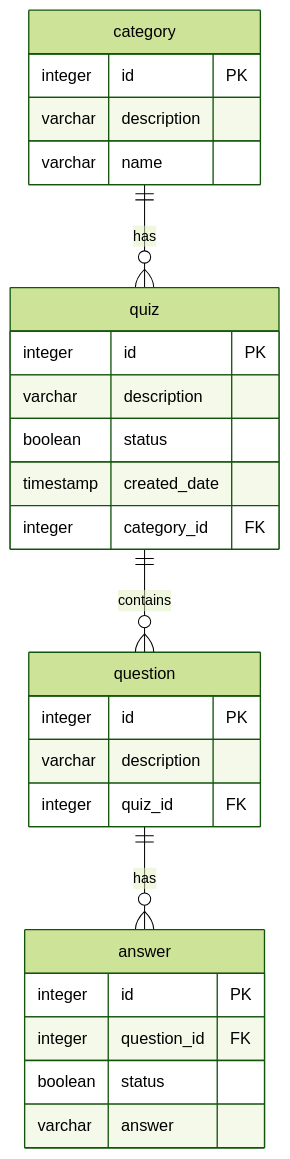
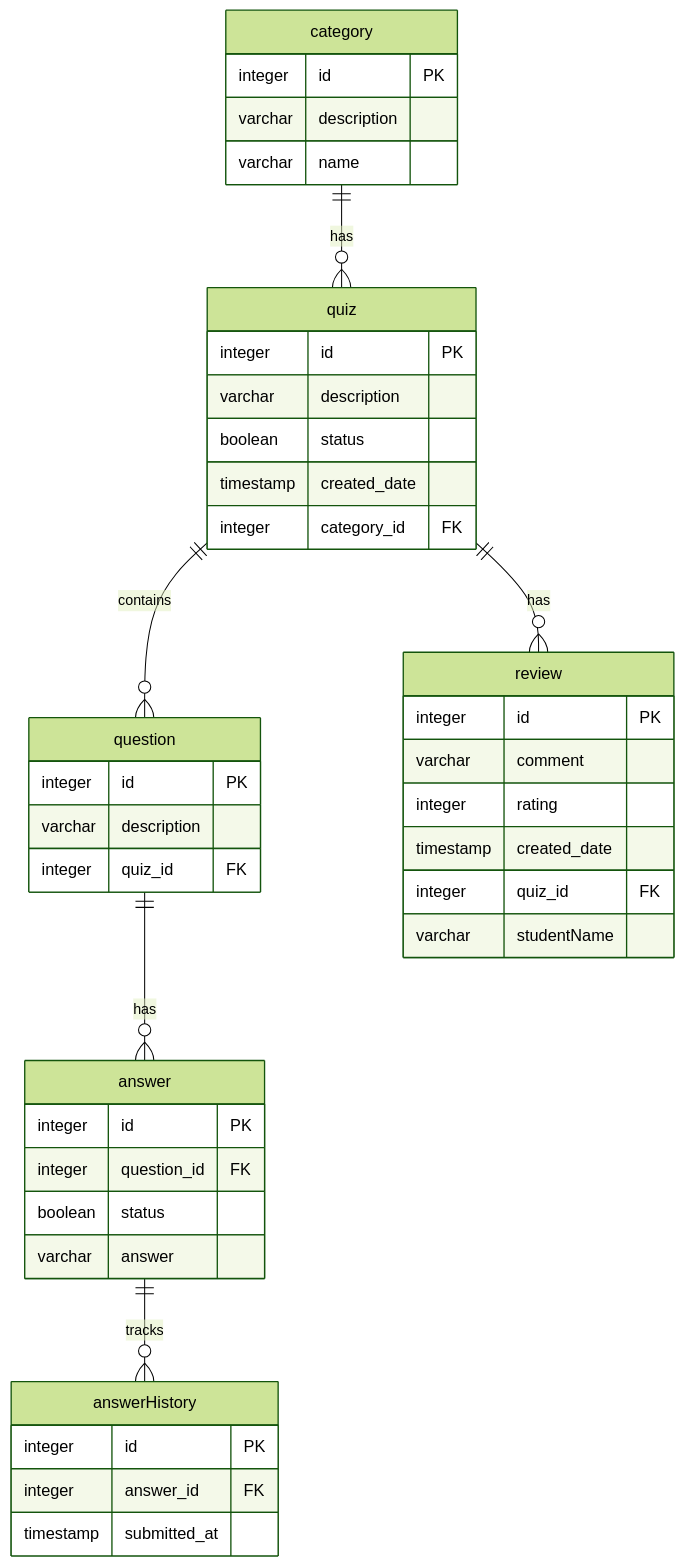
One commit to unicornteam2024/quizzer changed the second of 2 diagrams in README.md. Above: the diagram before and after it, drawn with Mermaid (forest theme).

Commit message:
update data model in  README.md

````diff
--- a/README.md
+++ b/README.md
@@ -125,31 +125,45 @@
 ```mermaid
 erDiagram
     quiz {
         integer id PK
         varchar description
         boolean status
         timestamp created_date
         integer category_id FK
     }
     question {
         integer id PK
         varchar description
         integer quiz_id FK
     }
     answer {
         integer id PK
         integer question_id FK
         boolean status
         varchar answer
     }
     category {
         integer id PK
         varchar description
         varchar name
     }
-
+    answerHistory {
+        integer id PK
+        integer answer_id FK
+        timestamp submitted_at
+    }
+    review {
+        integer id PK
+        varchar comment
+        integer rating
+        timestamp created_date
+        integer quiz_id FK
+        varchar studentName
+    }
     category ||--o{ quiz : "has"
     quiz ||--o{ question : "contains"
     question ||--o{ answer : "has"
+    answer ||--o{ answerHistory : "tracks"
+    quiz ||--o{ review : "has"
 
 ```
````
